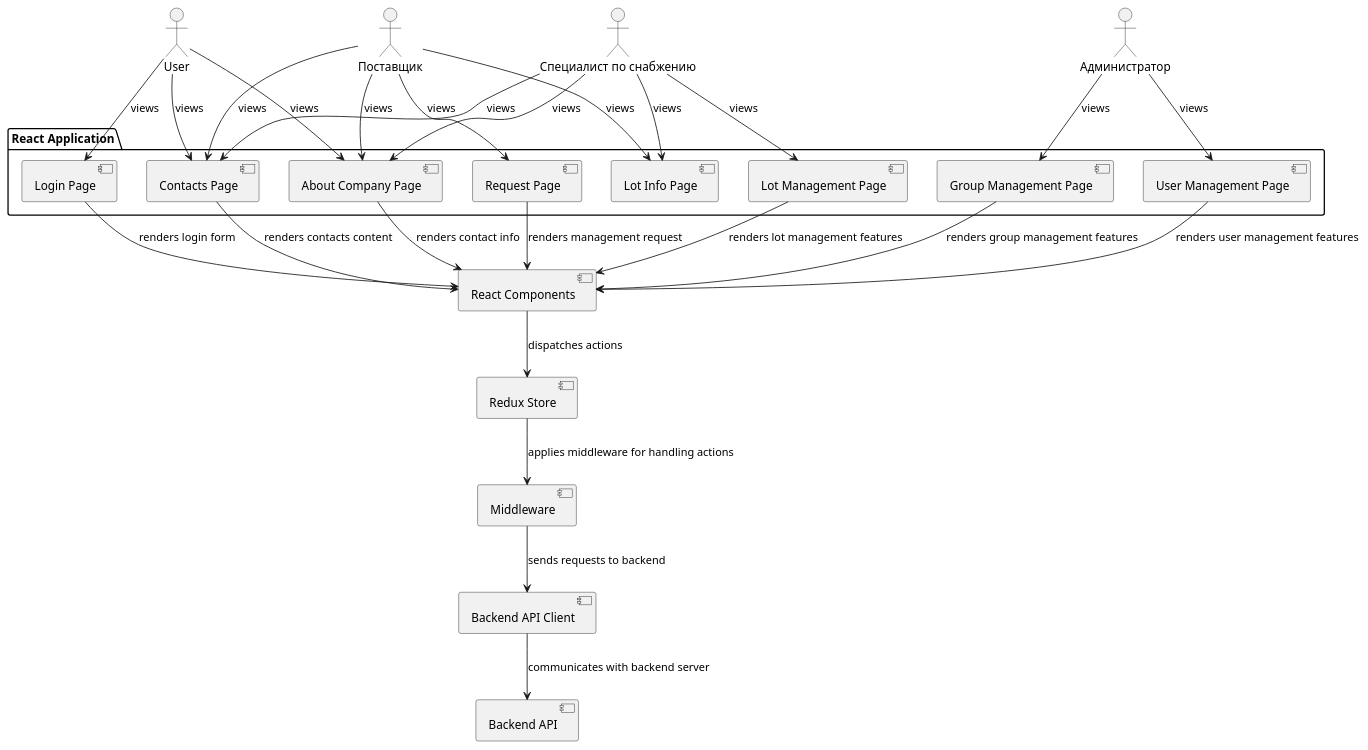
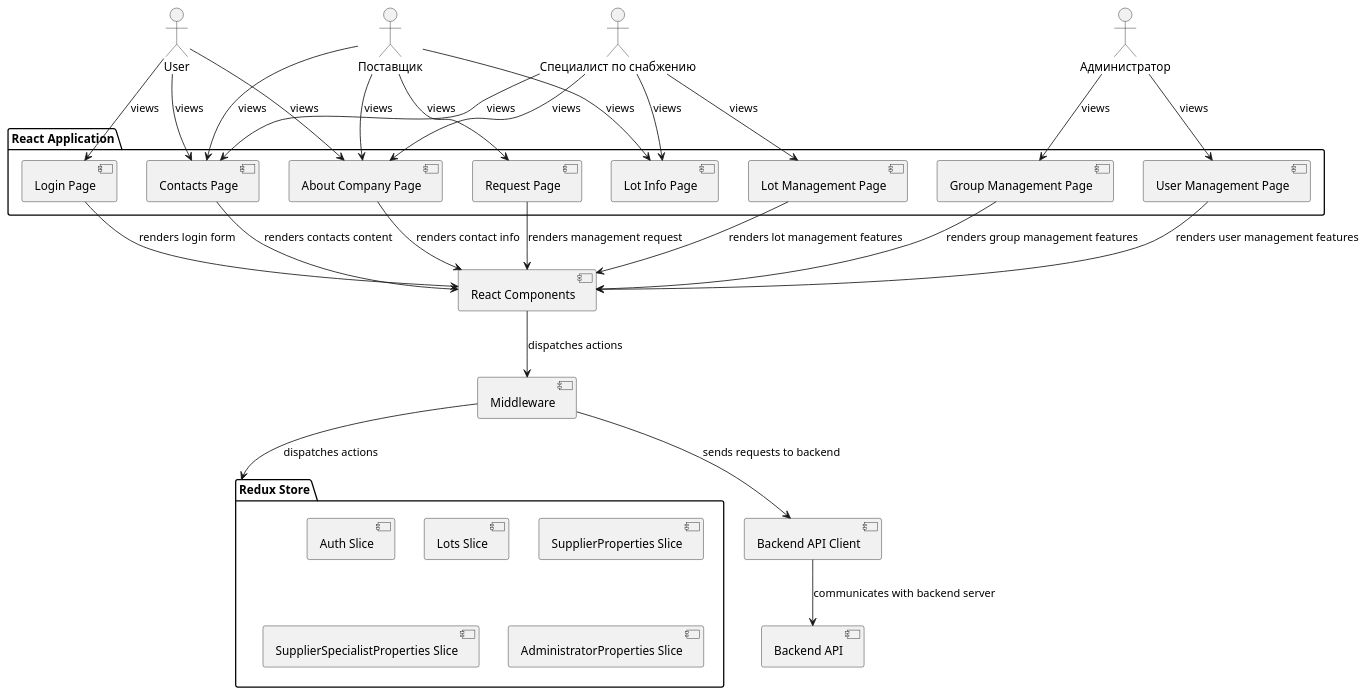
Before and after one commit to luisakisa/sds-trade: the diagram in с4-v2.puml, drawn with PlantUML. The commit also changed 8 other files, not shown here.

Commit message:
fixed diagram

```diff
--- a/с4-v2.puml
+++ b/с4-v2.puml
@@ -1,45 +1,52 @@
 package "React Application" {
     [Login Page]
     [Contacts Page]
     [About Company Page]
     [User Management Page]
     [Lot Management Page]
     [Group Management Page]
     [Lot Info Page]
     [Request Page]
+}
+package "Redux Store" {
+    [Auth Slice]
+    [Lots Slice]
+    [SupplierProperties Slice]
+    [SupplierSpecialistProperties Slice]
+    [AdministratorProperties Slice]
 }
 
 actor User
 actor "Поставщик" as Supplier
 actor "Администратор" as Administrator
 actor "Специалист по снабжению" as Specialist
 
 
 User --> [Login Page]: views
 User --> [Contacts Page]: views
 User --> [About Company Page]: views
 Specialist --> [About Company Page]: views
 Supplier --> [About Company Page]: views
 Specialist --> [Contacts Page]: views
 Specialist --> [Lot Management Page]: views
 Supplier --> [Contacts Page]: views
 Specialist --> [Lot Info Page]: views
 Supplier --> [Lot Info Page]: views
 Supplier --> [Request Page]: views
 Administrator --> [User Management Page]: views
 Administrator --> [Group Management Page]: views
 
 [Login Page] --> [React Components]: renders login form
 [Contacts Page] --> [React Components]: renders contacts content
 [User Management Page] --> [React Components]: renders user management features
 [Lot Management Page] --> [React Components]: renders lot management features
 [Group Management Page] --> [React Components]: renders group management features
 [About Company Page] --> [React Components]: renders contact info
 [Request Page] --> [React Components]: renders management request
 
-[React Components] --> [Redux Store]: dispatches actions
-[Redux Store] --> [Middleware]: applies middleware for handling actions
+[React Components] --> [Middleware]: dispatches actions
+[Middleware] --> [Redux Store]: dispatches actions
 [Middleware] --> [Backend API Client]: sends requests to backend
 [Backend API Client] --> [Backend API]: communicates with backend server
 
 @enduml
```
